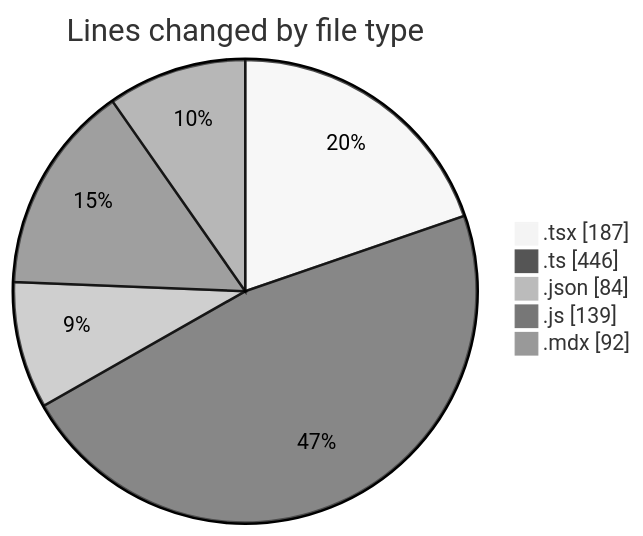
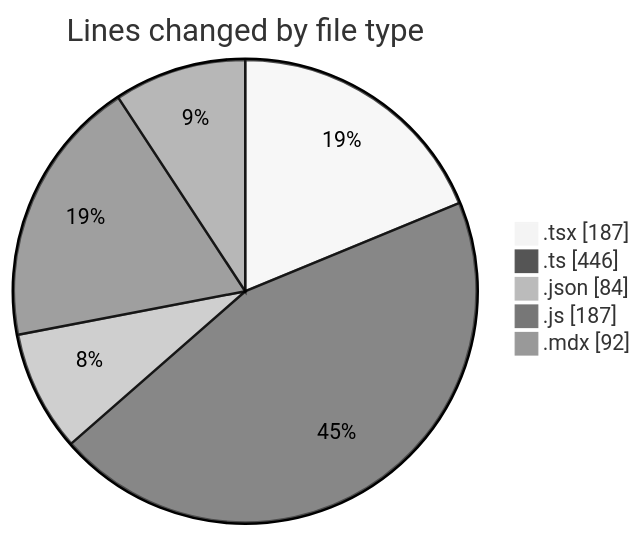
The first of 2 diagrams in 2026-03-30/cda/README.md (momahboobian/code-tracking), drawn with Mermaid (neutral theme) before and after one commit. The commit also changed other lines of this file and 1 other file, not shown here.

````diff
--- a/2026-03-30/cda/README.md
+++ b/2026-03-30/cda/README.md
@@ -24,9 +24,9 @@
 ```mermaid
 pie showData
 title Lines changed by file type
 ".tsx" : 187
 ".ts" : 446
 ".json" : 84
-".js" : 139
+".js" : 187
 ".mdx" : 92
 ```
````
